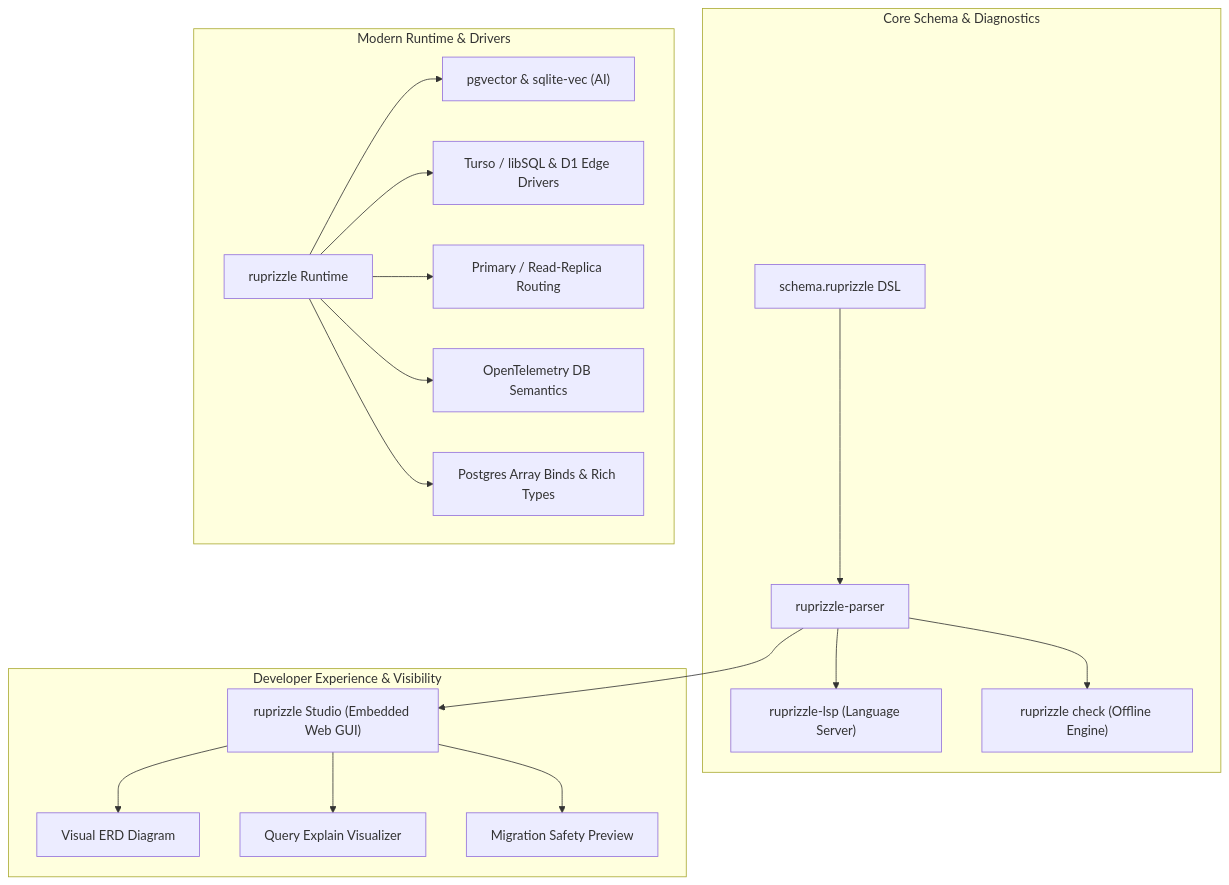
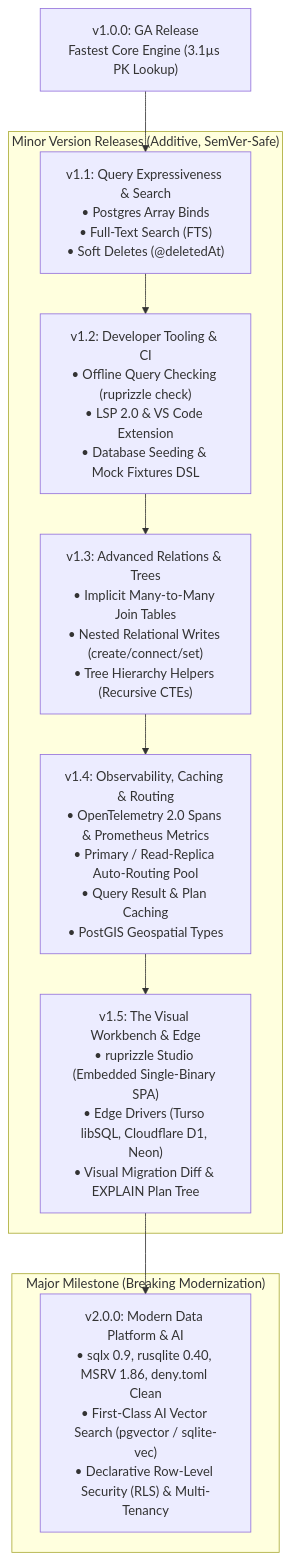
One commit to vaibhavgupta9877/ruprizzle-orm changed the diagram in ProjectPlan/v2/V2FeaturesPlan.md. Above: the diagram before and after it, drawn with Mermaid. The commit also changed other lines of this file and 5 other files, not shown here.

Commit message:
docs(plan): add multi-version roadmap (v1.1 to v2.0) and competitive analysis

````diff
--- a/ProjectPlan/v2/V2FeaturesPlan.md
+++ b/ProjectPlan/v2/V2FeaturesPlan.md
@@ -47,38 +32,23 @@
 ```mermaid
 graph TD
-    subgraph "Core Schema & Diagnostics"
-        DSL["schema.ruprizzle DSL"]
-        Parser["ruprizzle-parser"]
-        LSP["ruprizzle-lsp (Language Server)"]
-        Check["ruprizzle check (Offline Engine)"]
+    V10["v1.0.0: GA Release<br/>Fastest Core Engine (3.1µs PK Lookup)"] --> V11
+    
+    subgraph "Minor Version Releases (Additive, SemVer-Safe)"
+        V11["v1.1: Query Expressiveness & Search<br/>• Postgres Array Binds<br/>• Full-Text Search (FTS)<br/>• Soft Deletes (@deletedAt)"]
+        V12["v1.2: Developer Tooling & CI<br/>• Offline Query Checking (ruprizzle check)<br/>• LSP 2.0 & VS Code Extension<br/>• Database Seeding & Mock Fixtures DSL"]
+        V13["v1.3: Advanced Relations & Trees<br/>• Implicit Many-to-Many Join Tables<br/>• Nested Relational Writes (create/connect/set)<br/>• Tree Hierarchy Helpers (Recursive CTEs)"]
+        V14["v1.4: Observability, Caching & Routing<br/>• OpenTelemetry 2.0 Spans & Prometheus Metrics<br/>• Primary / Read-Replica Auto-Routing Pool<br/>• Query Result & Plan Caching<br/>• PostGIS Geospatial Types"]
+        V15["v1.5: The Visual Workbench & Edge<br/>• ruprizzle Studio (Embedded Single-Binary SPA)<br/>• Edge Drivers (Turso libSQL, Cloudflare D1, Neon)<br/>• Visual Migration Diff & EXPLAIN Plan Tree"]
     end
 
-    subgraph "Developer Experience & Visibility"
-        Studio["ruprizzle Studio (Embedded Web GUI)"]
-        ERD["Visual ERD Diagram"]
-        Explain["Query Explain Visualizer"]
-        DiffPreview["Migration Safety Preview"]
+    V11 --> V12
+    V12 --> V13
+    V13 --> V14
+    V14 --> V15
+
+    subgraph "Major Milestone (Breaking Modernization)"
+        V20["v2.0.0: Modern Data Platform & AI<br/>• sqlx 0.9, rusqlite 0.40, MSRV 1.86, deny.toml Clean<br/>• First-Class AI Vector Search (pgvector / sqlite-vec)<br/>• Declarative Row-Level Security (RLS) & Multi-Tenancy"]
     end
 
-    subgraph "Modern Runtime & Drivers"
-        Runtime["ruprizzle Runtime"]
-        Vector["pgvector & sqlite-vec (AI)"]
-        Edge["Turso / libSQL & D1 Edge Drivers"]
-        Replicas["Primary / Read-Replica Routing"]
-        OTel["OpenTelemetry DB Semantics"]
-        Arrays["Postgres Array Binds & Rich Types"]
-    end
-
-    DSL --> Parser
-    Parser --> LSP
-    Parser --> Check
-    Parser --> Studio
-    Studio --> ERD
-    Studio --> Explain
-    Studio --> DiffPreview
-    Runtime --> Vector
-    Runtime --> Edge
-    Runtime --> Replicas
-    Runtime --> OTel
-    Runtime --> Arrays
+    V15 --> V20
 ```
````
